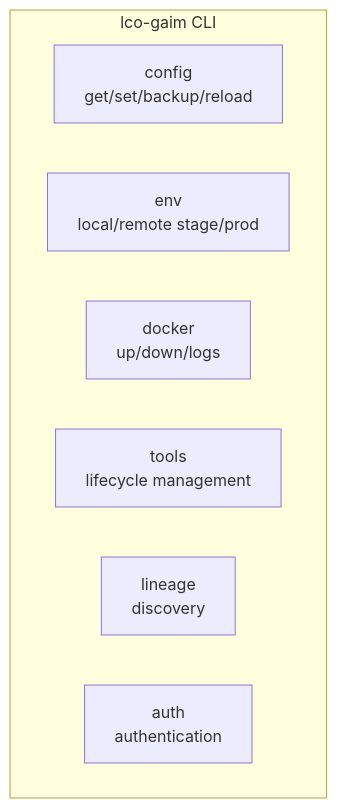
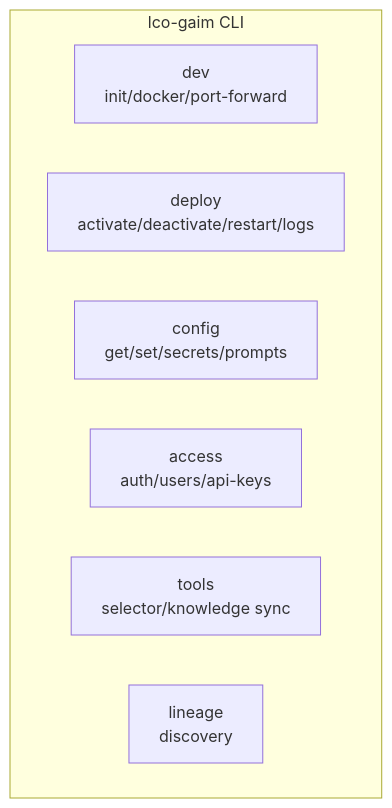
Before and after one commit to Living-Content/living-content-architecture: the sixth of 6 diagrams in application-layer.md, drawn with Mermaid. The commit also changed other lines of this file and 4 other files, not shown here.

Commit message:
Document updates for config, users, lco-gaim

````diff
--- a/application-layer.md
+++ b/application-layer.md
@@ -324,11 +333,11 @@
 ```mermaid
 graph TB
     subgraph cli["lco-gaim CLI"]
-        CONFIG_CMD["config<br/>get/set/backup/reload"]
-        ENV_CMD["env<br/>local/remote stage/prod"]
-        DOCKER_CMD["docker<br/>up/down/logs"]
-        TOOLS_CMD["tools<br/>lifecycle management"]
+        DEV_CMD["dev<br/>init/docker/port-forward"]
+        DEPLOY_CMD["deploy<br/>activate/deactivate/restart/logs"]
+        CONFIG_CMD["config<br/>get/set/secrets/prompts"]
+        ACCESS_CMD["access<br/>auth/users/api-keys"]
+        TOOLS_CMD["tools<br/>selector/knowledge sync"]
         LINEAGE_CMD["lineage<br/>discovery"]
-        AUTH_CMD["auth<br/>authentication"]
     end
 ```
````
